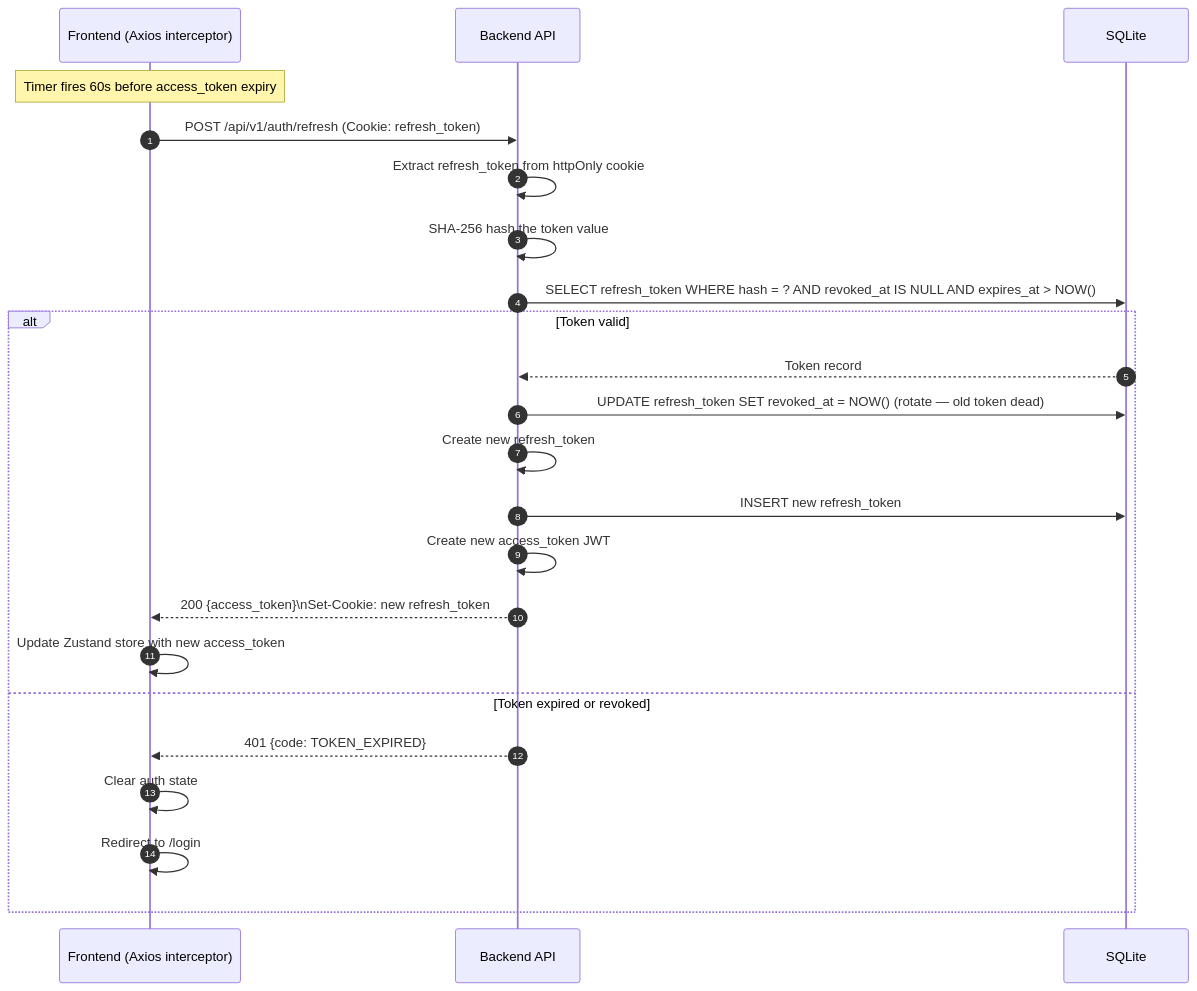
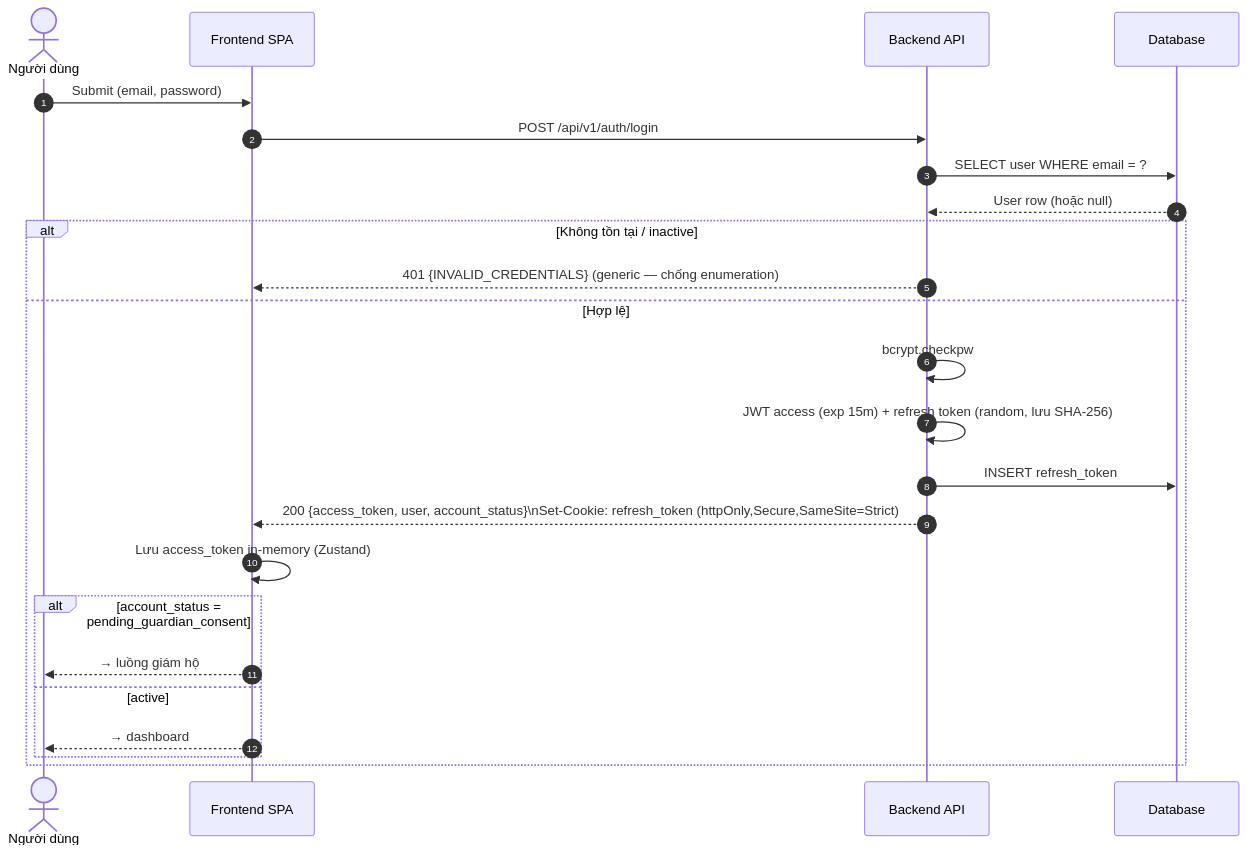
The third of 8 diagrams in docs/architecture/sequence-diagrams.md (quangtanfet-commits/weup-career), drawn with Mermaid before and after one commit. The commit also changed other lines of this file and 39 other files, not shown here.

````diff
--- a/docs/architecture/sequence-diagrams.md
+++ b/docs/architecture/sequence-diagrams.md
@@ -73,27 +74,27 @@
 ```mermaid
 sequenceDiagram
     autonumber
-    participant FE as Frontend (Axios interceptor)
+    actor U as Người dùng
+    participant FE as Frontend SPA
     participant API as Backend API
-    participant DB as SQLite
+    participant DB as Database
 
-    Note over FE: Timer fires 60s before access_token expiry
-    FE->>API: POST /api/v1/auth/refresh (Cookie: refresh_token)
-    API->>API: Extract refresh_token from httpOnly cookie
-    API->>API: SHA-256 hash the token value
-    API->>DB: SELECT refresh_token WHERE hash = ? AND revoked_at IS NULL AND expires_at > NOW()
-    
-    alt Token valid
-        DB-->>API: Token record
-        API->>DB: UPDATE refresh_token SET revoked_at = NOW() (rotate — old token dead)
-        API->>API: Create new refresh_token
-        API->>DB: INSERT new refresh_token
-        API->>API: Create new access_token JWT
-        API-->>FE: 200 {access_token}\nSet-Cookie: new refresh_token
-        FE->>FE: Update Zustand store with new access_token
-    else Token expired or revoked
-        API-->>FE: 401 {code: TOKEN_EXPIRED}
-        FE->>FE: Clear auth state
-        FE->>FE: Redirect to /login
+    U->>FE: Submit (email, password)
+    FE->>API: POST /api/v1/auth/login
+    API->>DB: SELECT user WHERE email = ?
+    DB-->>API: User row (hoặc null)
+    alt Không tồn tại / inactive
+        API-->>FE: 401 {INVALID_CREDENTIALS} (generic — chống enumeration)
+    else Hợp lệ
+        API->>API: bcrypt.checkpw
+        API->>API: JWT access (exp 15m) + refresh token (random, lưu SHA-256)
+        API->>DB: INSERT refresh_token
+        API-->>FE: 200 {access_token, user, account_status}\nSet-Cookie: refresh_token (httpOnly,Secure,SameSite=Strict)
+        FE->>FE: Lưu access_token in-memory (Zustand)
+        alt account_status = pending_guardian_consent
+            FE-->>U: → luồng giám hộ
+        else active
+            FE-->>U: → dashboard
+        end
     end
 ```
````
